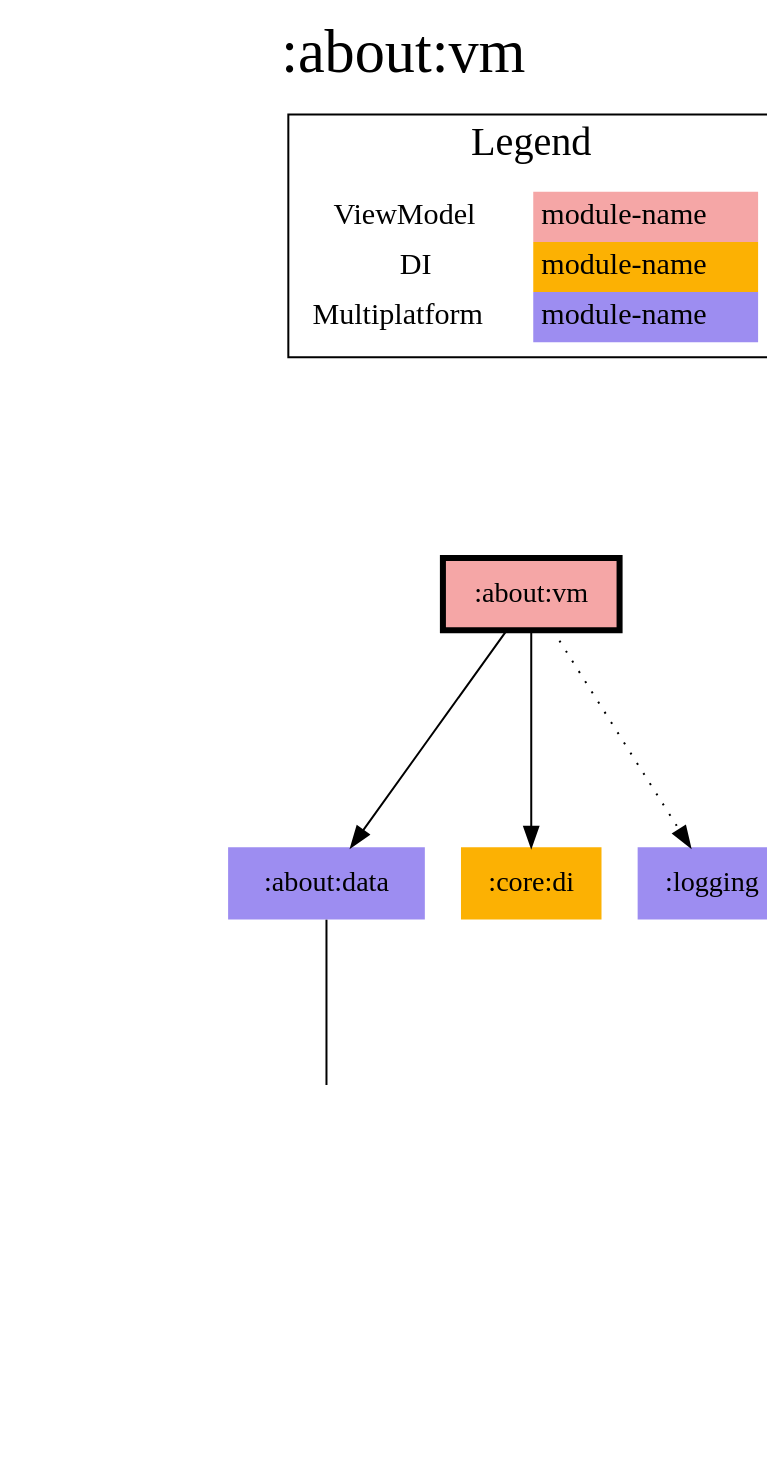
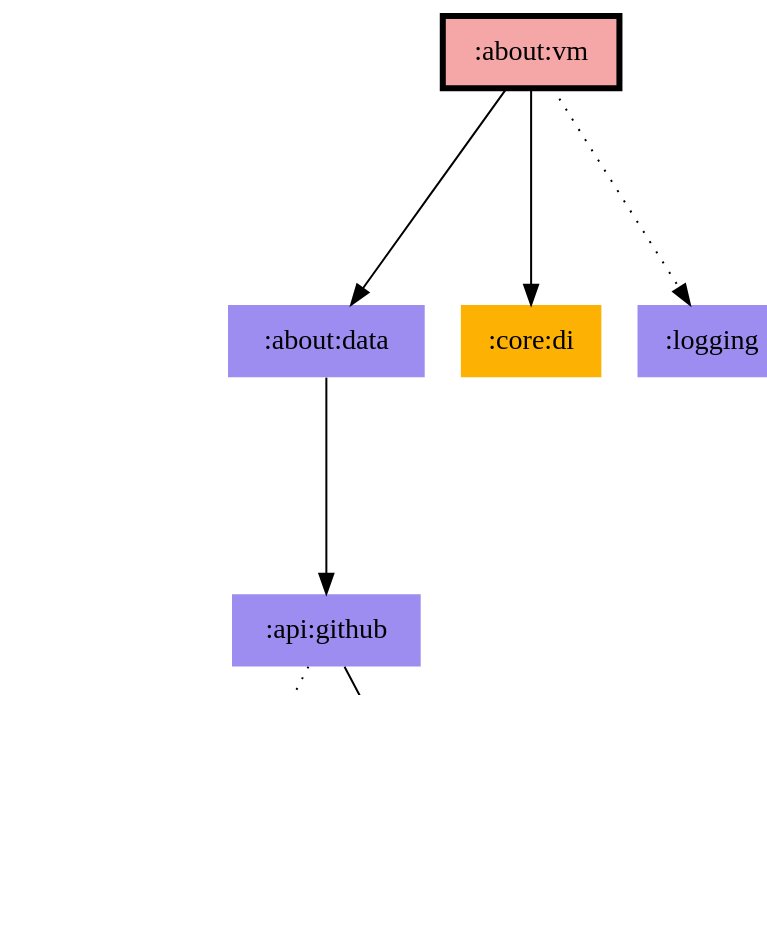
One commit to jonapoul/aktual changed the diagram in modules/about/vm/modules.dot. Above: the diagram before and after it, drawn with Graphviz. The commit also changed 138 other files, not shown here.

First line of the commit message:
Rework diagram generation (#465)

```diff
--- a/modules/about/vm/modules.dot
+++ b/modules/about/vm/modules.dot
@@ -1,34 +1,18 @@
 digraph {
 edge ["dir"="forward"]
-graph ["dpi"="100","label"=":about:vm","labelloc"="t","fontsize"="30","ranksep"="1.5","rankdir"="TB"]
+graph ["dpi"="100","fontsize"="30","ranksep"="1.5","rankdir"="TB"]
 node ["style"="filled"]
 ":about:data" ["fillcolor"="#9D8DF1","shape"="none"]
 ":about:vm" ["fillcolor"="#F5A6A6","color"="black","penwidth"="3","shape"="box"]
 ":api:github" ["fillcolor"="#9D8DF1","shape"="none"]
 ":codegen:annotation" ["fillcolor"="#9D8DF1","shape"="none"]
 ":core:di" ["fillcolor"="#FCB103","shape"="none"]
 ":core:model" ["fillcolor"="#9D8DF1","shape"="none"]
 ":logging" ["fillcolor"="#9D8DF1","shape"="none"]
-{
-edge ["dir"="none"]
-graph ["rank"="same"]
-":about:vm"
-}
 ":about:data" -> ":api:github"
 ":about:vm" -> ":about:data"
 ":about:vm" -> ":core:di"
 ":about:vm" -> ":logging" ["style"="dotted"]
 ":api:github" -> ":codegen:annotation" ["style"="dotted"]
 ":api:github" -> ":core:model"
-subgraph "cluster_legend" {
-edge ["dir"="none"]
-graph ["label"="Legend","fontsize"="20"]
-"Legend" ["style"="filled","fillcolor"="#FFFFFF","shape"="none","margin"="0","fontsize"="15","label"=<
-<TABLE BORDER="0" CELLBORDER="0" CELLSPACING="0" CELLPADDING="4">
-<TR><TD>ViewModel</TD><TD BGCOLOR="#F5A6A6">module-name</TD></TR>
-<TR><TD>DI</TD><TD BGCOLOR="#FCB103">module-name</TD></TR>
-<TR><TD>Multiplatform</TD><TD BGCOLOR="#9D8DF1">module-name</TD></TR>
-</TABLE>
->]
-} -> ":about:vm" ["style"="invis"]
 }
```
